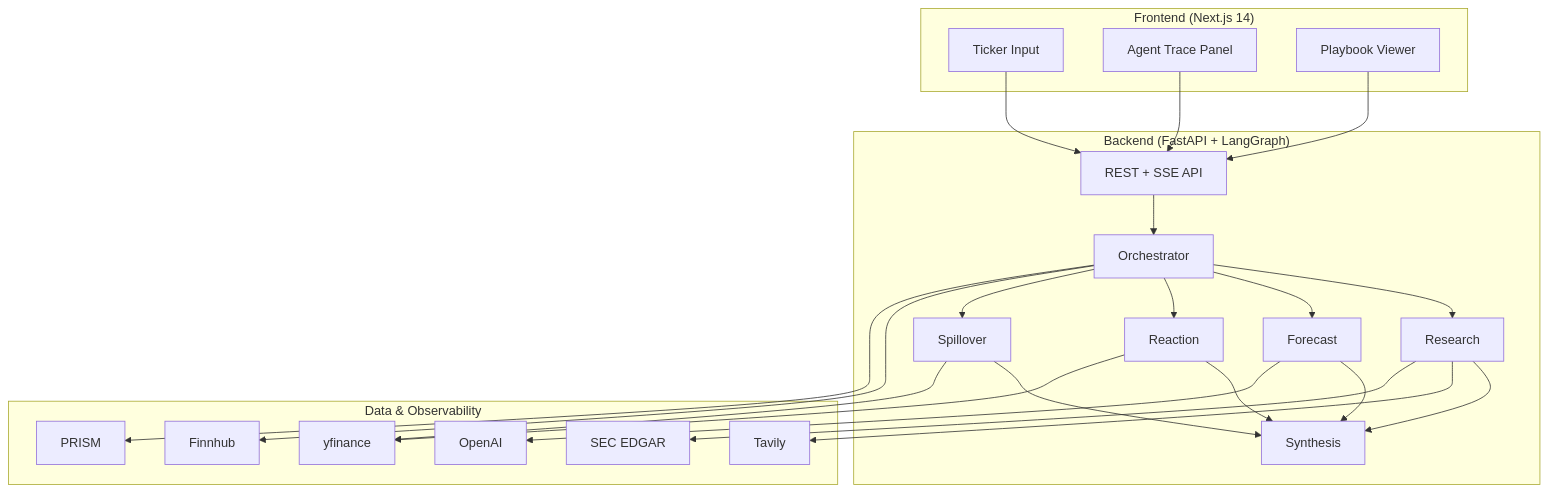
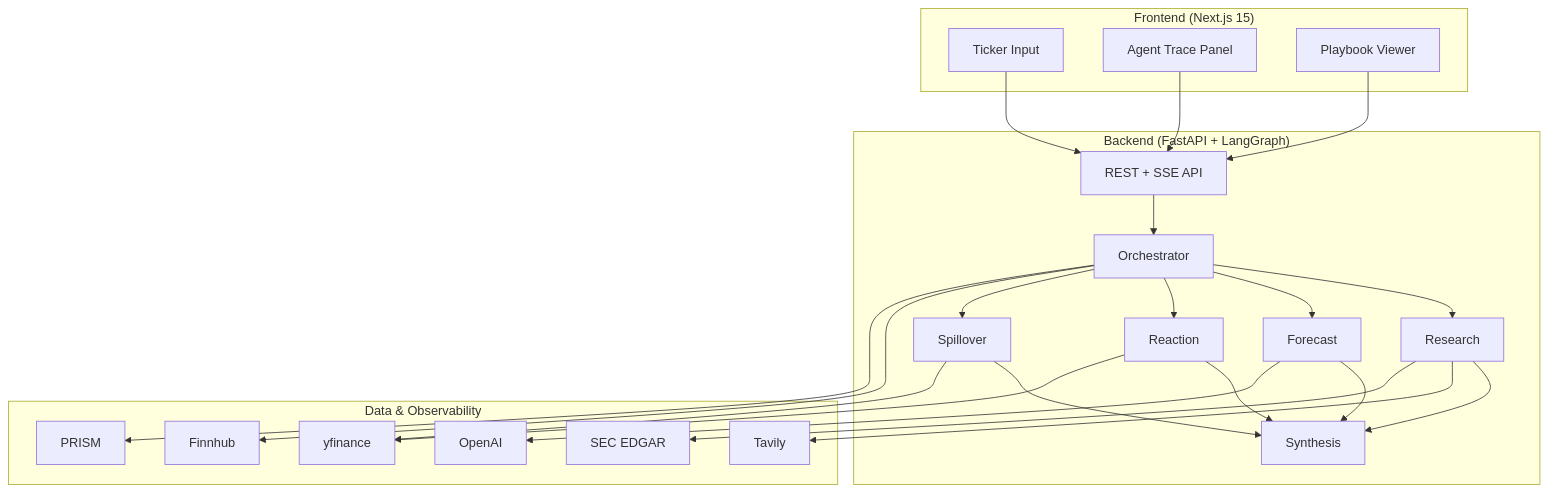
The diagram in README.md (Ankush523/EarningsPulse), drawn with Mermaid before and after one commit. The commit also changed other lines of this file and 4 other files, not shown here.

First line of the commit message:
fix(frontend): upgrade Next.js 15 and patch postcss audit findings

````diff
--- a/README.md
+++ b/README.md
@@ -25,38 +25,38 @@
 ```mermaid
 flowchart TB
-  subgraph Frontend["Frontend (Next.js 14)"]
+  subgraph Frontend["Frontend (Next.js 15)"]
     Input[Ticker Input]
     Trace[Agent Trace Panel]
     Viewer[Playbook Viewer]
   end
 
   subgraph Backend["Backend (FastAPI + LangGraph)"]
     API[REST + SSE API]
     Orch[Orchestrator]
     R[Research]
     F[Forecast]
     Rx[Reaction]
     S[Spillover]
     Syn[Synthesis]
   end
 
   subgraph External["Data & Observability"]
     Tavily[Tavily]
     YF[yfinance]
     FH[Finnhub]
     EDGAR[SEC EDGAR]
     OAI[OpenAI]
     PRISM[PRISM]
   end
 
   Input --> API
   Trace --> API
   Viewer --> API
   API --> Orch
   Orch --> R & F & Rx & S --> Syn
   R --> Tavily & EDGAR
   F --> OAI
   Rx & S --> YF
   Orch --> FH
   Orch --> PRISM
 ```
````
